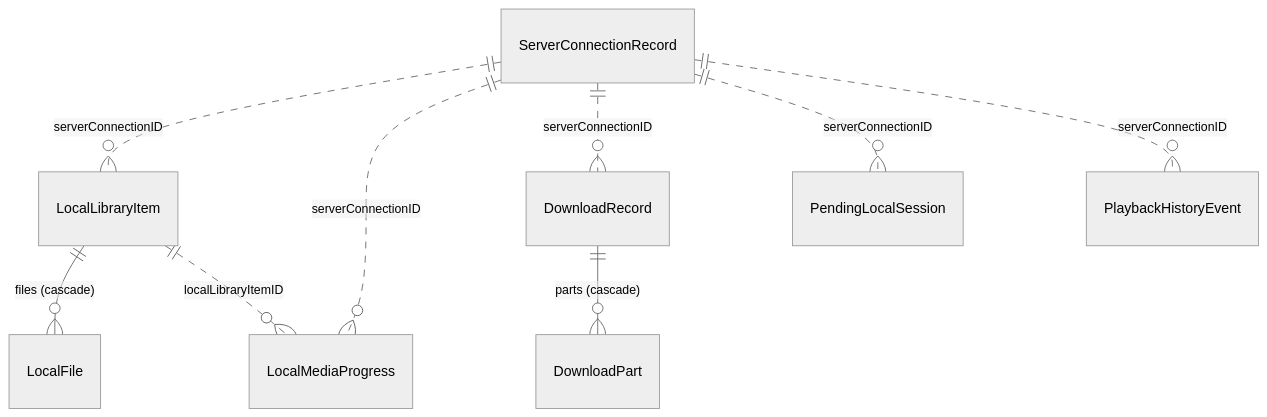
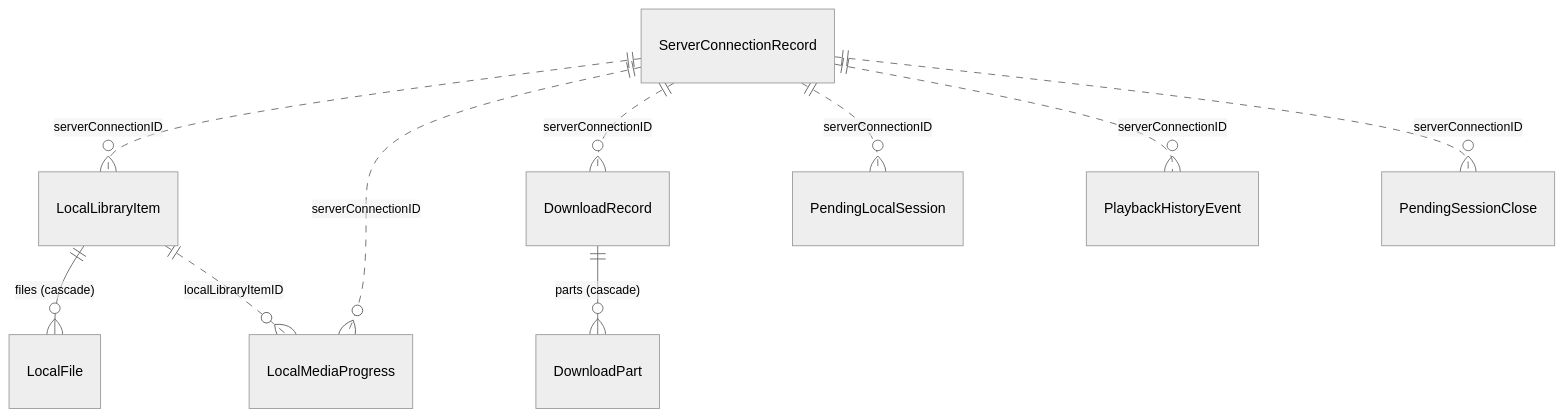
Before and after one commit to djensenius/audiobookshelf-apple: the diagram in docs/adr/0003-swiftdata.md, drawn with Mermaid (neutral theme). The commit also changed other lines of this file and 16 other files, not shown here.

````diff
--- a/docs/adr/0003-swiftdata.md
+++ b/docs/adr/0003-swiftdata.md
@@ -126,11 +126,12 @@
 ```mermaid
 erDiagram
     ServerConnectionRecord ||..o{ LocalLibraryItem : "serverConnectionID"
     ServerConnectionRecord ||..o{ LocalMediaProgress : "serverConnectionID"
     ServerConnectionRecord ||..o{ DownloadRecord : "serverConnectionID"
     ServerConnectionRecord ||..o{ PendingLocalSession : "serverConnectionID"
     ServerConnectionRecord ||..o{ PlaybackHistoryEvent : "serverConnectionID"
+    ServerConnectionRecord ||..o{ PendingSessionClose : "serverConnectionID"
     LocalLibraryItem ||--o{ LocalFile : "files (cascade)"
     LocalLibraryItem ||..o{ LocalMediaProgress : "localLibraryItemID"
     DownloadRecord ||--o{ DownloadPart : "parts (cascade)"
 ```
````
